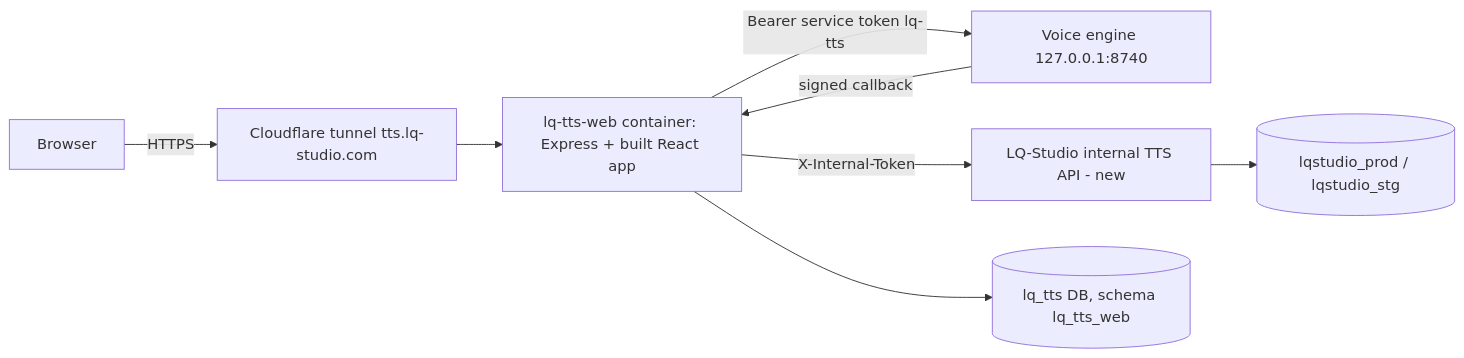
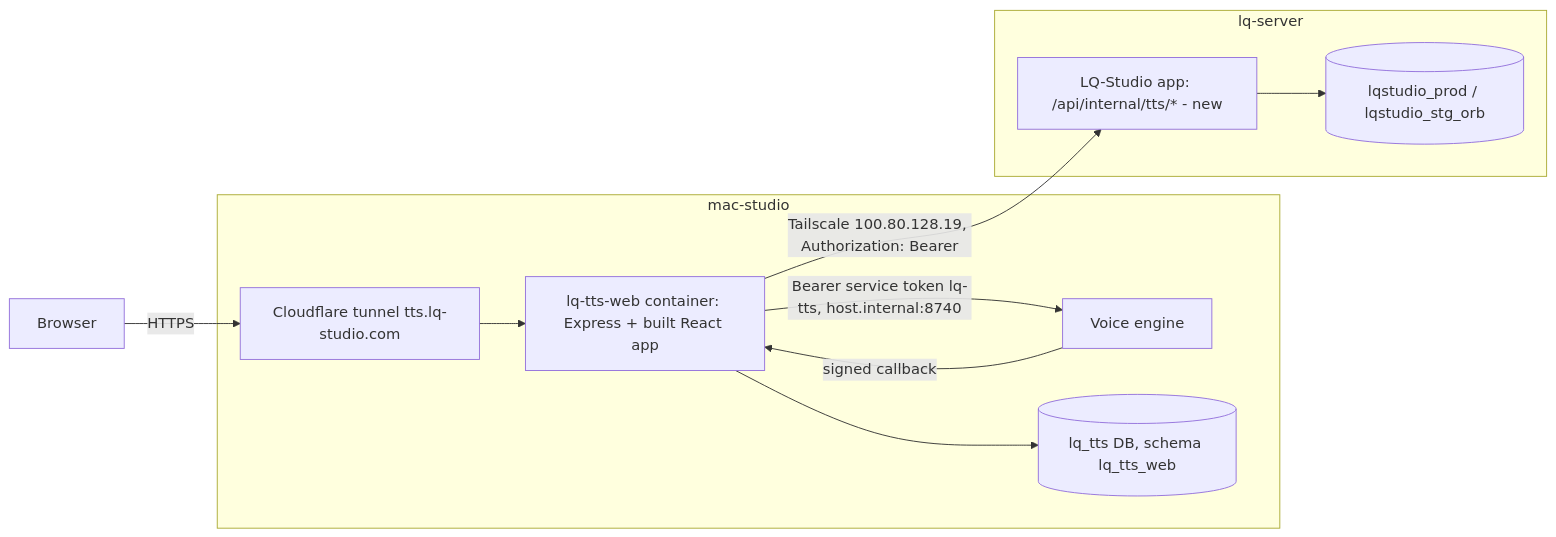
Before and after one commit to lqmnah/LQ-TTS: the diagram in docs/superpowers/specs/2026-10-02-web-app-design.md, drawn with Mermaid. The commit also changed other lines of this file, not shown here.

Commit message:
docs: web app spec amendment A (LQ-Studio on lq-server, internal guard, idempotency)

````diff
--- a/docs/superpowers/specs/2026-10-02-web-app-design.md
+++ b/docs/superpowers/specs/2026-10-02-web-app-design.md
@@ -34,10 +44,14 @@
 ```mermaid
 flowchart LR
   U[Browser] -->|HTTPS| CF[Cloudflare tunnel tts.lq-studio.com]
-  CF --> W[lq-tts-web container: Express + built React app]
-  W -->|Bearer service token lq-tts| E[Voice engine 127.0.0.1:8740]
-  W -->|X-Internal-Token| L[LQ-Studio internal TTS API - new]
-  L --> LDB[(lqstudio_prod / lqstudio_stg)]
-  W --> TDB[(lq_tts DB, schema lq_tts_web)]
-  E -->|signed callback| W
+  subgraph mac-studio
+    CF --> W[lq-tts-web container: Express + built React app]
+    W -->|Bearer service token lq-tts, host.internal:8740| E[Voice engine]
+    W --> TDB[(lq_tts DB, schema lq_tts_web)]
+    E -->|signed callback| W
+  end
+  subgraph lq-server
+    L[LQ-Studio app: /api/internal/tts/* - new] --> LDB[(lqstudio_prod / lqstudio_stg_orb)]
+  end
+  W -->|Tailscale 100.80.128.19, Authorization: Bearer| L
 ```
````
